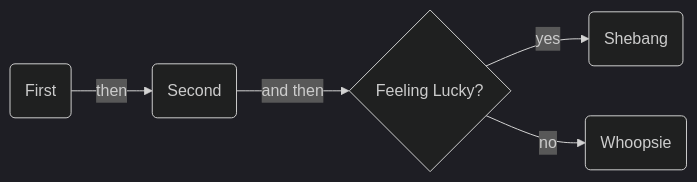
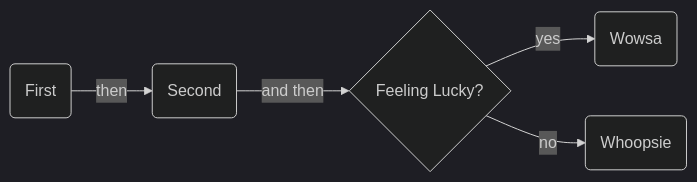
Before and after one commit to yankeeinlondon/rusty-biscuit: the diagram in darkmatter/example-docs/rendering/mermaid-and-graph.md, drawn with Mermaid (dark theme).

Commit message:
docs(darkmatter): rename Shebang node to Wowsa in mermaid example
- Rename the Mermaid flowchart node `Shebang` to `Wowsa` and update the matching edge label
- Cosmetic content update; other example nodes (`Whoopsie`, `First`, `Second`, `Feeling Lucky?`) unchanged

````diff
--- a/darkmatter/example-docs/rendering/mermaid-and-graph.md
+++ b/darkmatter/example-docs/rendering/mermaid-and-graph.md
@@ -9,15 +9,15 @@
 ```mermaid title="Mermaid's Flowchart"
 flowchart LR
     A(First)
     B(Second)
     Choice{ Feeling Lucky? }
-    Shebang(Shebang)
+    Wowsa(Wowsa)
     Whoopsie(Whoopsie)
     
 
     A -->|then| B
     B -->|and then| Choice
 
-    Choice -->|yes| Shebang
+    Choice -->|yes| Wowsa
     Choice -->|no| Whoopsie
 ```
````
